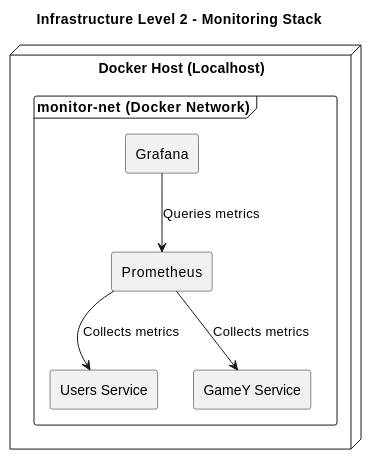
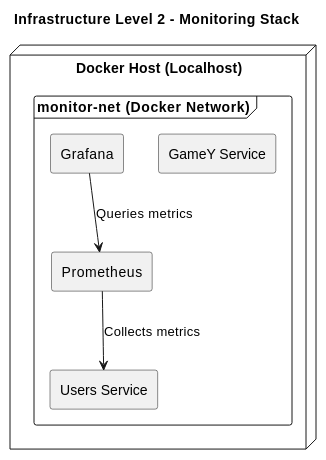
Before and after one commit to Arquisoft/yovi_es1a: the fourth of 4 diagrams in docs/src/07_deployment_view.adoc, drawn with PlantUML. The commit also changed other lines of this file and 7 other files, not shown here.

Commit message:
Documentacion arreglada, diagramas visibles

```diff
--- a/docs/src/07_deployment_view.adoc
+++ b/docs/src/07_deployment_view.adoc
@@ -218,22 +215,21 @@
-[plantuml, "deployment-level2-monitoring", png]
+[plantuml]
 ----
 @startuml
 title Infrastructure Level 2 - Monitoring Stack
 
 skinparam shadowing false
 skinparam componentStyle rectangle
 
 node "Docker Host (Localhost)" as host {
   frame "monitor-net (Docker Network)" as net {
     [Users Service] as users
     [GameY Service] as gamey
     [Prometheus] as prom
     [Grafana] as graf
   }
 }
 
 prom --> users : Collects metrics
-prom --> gamey : Collects metrics
 graf --> prom : Queries metrics
 @enduml
 ----
```
